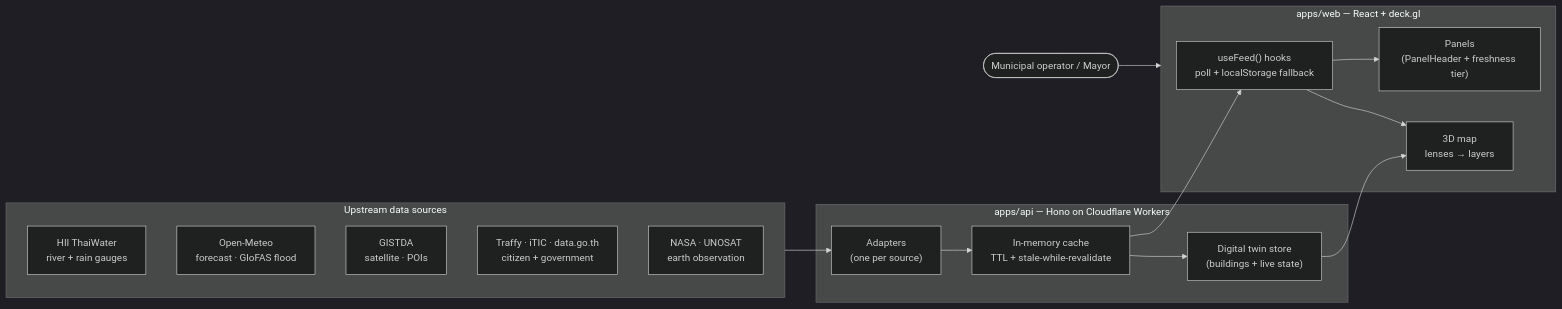
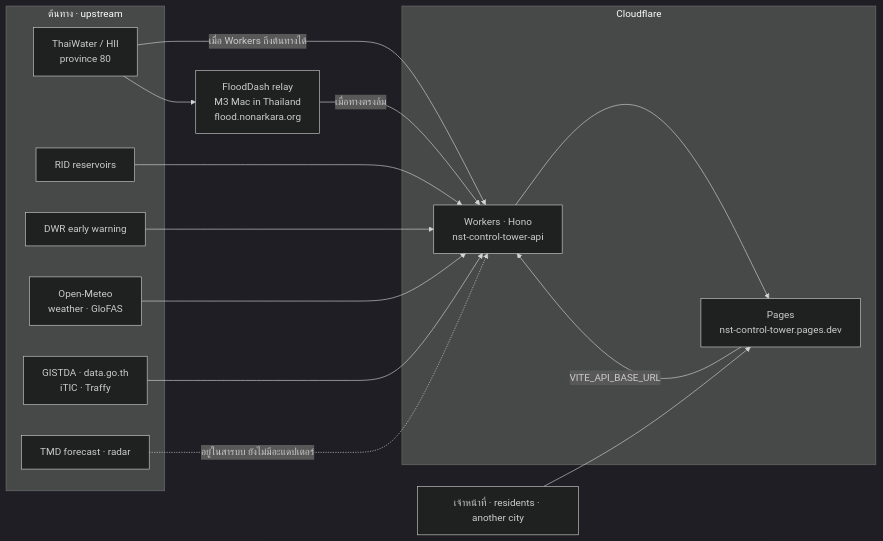
One commit to Nonarkara/nst-control-tower changed the diagram in README.md. Above: the diagram before and after it, drawn with Mermaid (dark theme). The commit also changed other lines of this file and 7 other files, not shown here.

````diff
--- a/README.md
+++ b/README.md
@@ -58,28 +162,32 @@
 ```mermaid
 flowchart LR
-    subgraph Upstream["Upstream data sources"]
-        HII["HII ThaiWater<br/>river + rain gauges"]
-        OM["Open-Meteo<br/>forecast · GloFAS flood"]
-        GISTDA["GISTDA<br/>satellite · POIs"]
-        GOV["Traffy · iTIC · data.go.th<br/>citizen + government"]
-        SAT["NASA · UNOSAT<br/>earth observation"]
-    end
+  subgraph Up["ต้นทาง · upstream"]
+    HII["ThaiWater / HII<br/>province 80"]
+    RID["RID reservoirs"]
+    DWR["DWR early warning"]
+    OM["Open-Meteo<br/>weather · GloFAS"]
+    GOV["GISTDA · data.go.th<br/>iTIC · Traffy"]
+    TMD["TMD forecast · radar"]
+  end
 
-    subgraph API["apps/api — Hono on Cloudflare Workers"]
-        Adapters["Adapters<br/>(one per source)"]
-        Cache["In-memory cache<br/>TTL + stale-while-revalidate"]
-        Twin["Digital twin store<br/>(buildings + live state)"]
-    end
+  M3["FloodDash relay<br/>M3 Mac in Thailand<br/>flood.nonarkara.org"]
 
-    subgraph Web["apps/web — React + deck.gl"]
-        Hooks["useFeed() hooks<br/>poll + localStorage fallback"]
-        Panels["Panels<br/>(PanelHeader + freshness tier)"]
-        Map["3D map<br/>lenses → layers"]
-    end
+  subgraph CF["Cloudflare"]
+    WEB["Pages<br/>nst-control-tower.pages.dev"]
+    API["Workers · Hono<br/>nst-control-tower-api"]
+  end
 
-    Upstream --> Adapters --> Cache --> Hooks --> Panels
-    Cache --> Twin --> Map
-    Hooks --> Map
+  WHO["เจ้าหน้าที่ · residents · another city"]
 
-    Operator(["Municipal operator / Mayor"]) --> Web
+  HII -->|"เมื่อ Workers ถึงต้นทางได้"| API
+  HII --> M3
+  M3 -->|"เมื่อทางตรงล้ม"| API
+  RID --> API
+  DWR --> API
+  OM --> API
+  GOV --> API
+  TMD -.->|"อยู่ในสารบบ ยังไม่มีอะแดปเตอร์"| API
+  API --> WEB
+  WHO --> WEB
+  WEB -->|"VITE_API_BASE_URL"| API
 ```
````
